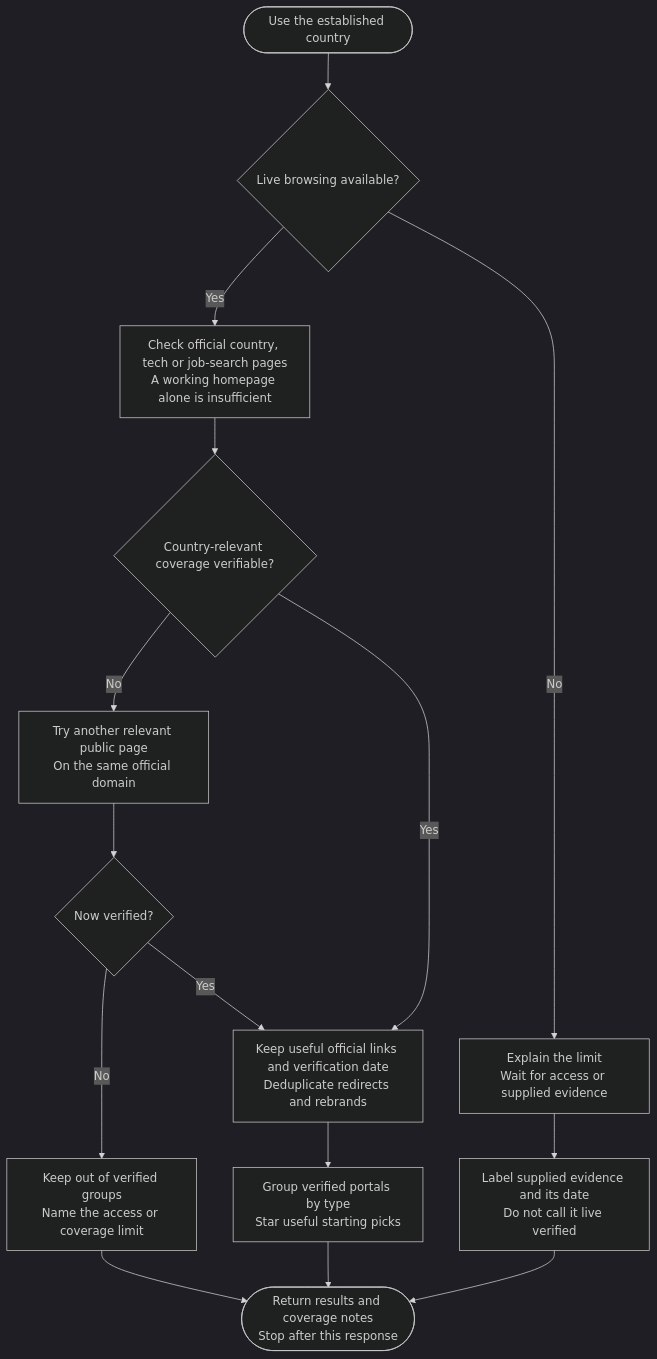
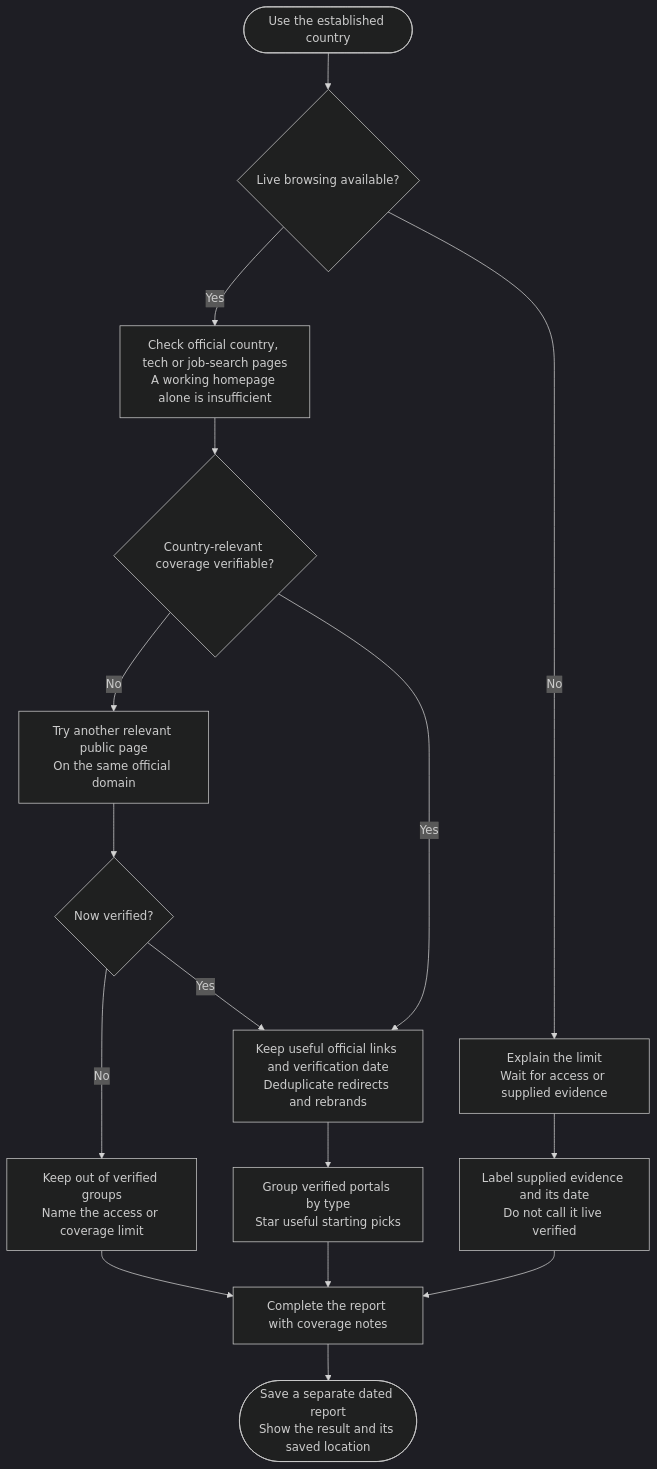
One commit to myowinthein/agent-compass changed the diagram in docs/commands/portal-finder/step1-portal-research/detailed.md. Above: the diagram before and after it, drawn with Mermaid (dark theme). The commit also changed other lines of this file and 16 other files, not shown here.

Commit message:
feat(portal-finder): save and replay dated country reports

````diff
--- a/docs/commands/portal-finder/step1-portal-research/detailed.md
+++ b/docs/commands/portal-finder/step1-portal-research/detailed.md
@@ -23,17 +24,18 @@
 ```mermaid
 flowchart TD
   Start(["Use the established country"]) --> Browse{"Live browsing available?"}
   Browse -->|No| Wait["Explain the limit<br/>Wait for access or supplied evidence"]
   Wait --> Supplied["Label supplied evidence and its date<br/>Do not call it live verified"]
   Browse -->|Yes| Check["Check official country, tech or job-search pages<br/>A working homepage alone is insufficient"]
   Check --> Access{"Country-relevant coverage verifiable?"}
   Access -->|No| Retry["Try another relevant public page<br/>On the same official domain"]
   Retry --> Verified{"Now verified?"}
   Verified -->|No| Note["Keep out of verified groups<br/>Name the access or coverage limit"]
   Verified -->|Yes| Keep
   Access -->|Yes| Keep["Keep useful official links and verification date<br/>Deduplicate redirects and rebrands"]
   Keep --> Group["Group verified portals by type<br/>Star useful starting picks"]
   Note --> Result
-  Group --> Result(["Return results and coverage notes<br/>Stop after this response"])
+  Group --> Result["Complete the report with coverage notes"]
   Supplied --> Result
+  Result --> Save(["Save a separate dated report<br/>Show the result and its saved location"])
 ```
````
